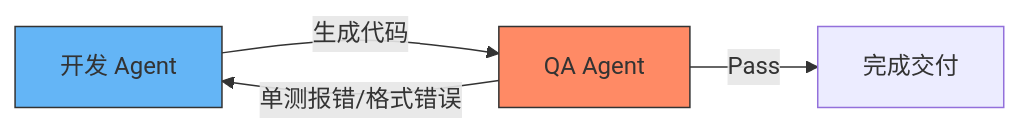
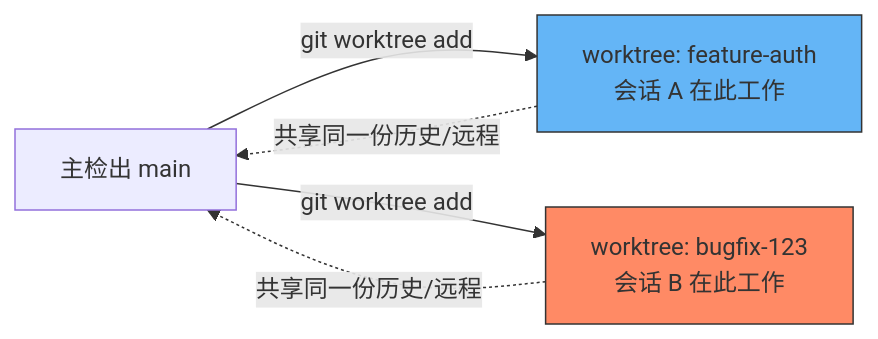
Before and after one commit to sermonsen/zgs: the diagram in slides.md, drawn with Mermaid. The commit also changed other lines of this file, not shown here.

````diff
--- a/slides.md
+++ b/slides.md
@@ -165,8 +268,9 @@
 ```mermaid
 graph LR
-    Coder[开发 Agent] -->|生成代码| Linter[QA Agent]
-    Linter -->|单测报错/格式错误| Coder
-    Linter -->|Pass| Deploy[完成交付]
-    style Linter fill:#ff8a65,stroke:#333,stroke-width:1px
-    style Coder fill:#64b5f6,stroke:#333,stroke-width:1px
+    Main[主检出 main] -->|git worktree add| WT1["worktree: feature-auth<br/>会话 A 在此工作"]
+    Main -->|git worktree add| WT2["worktree: bugfix-123<br/>会话 B 在此工作"]
+    WT1 -.共享同一份历史/远程.-> Main
+    WT2 -.共享同一份历史/远程.-> Main
+    style WT1 fill:#64b5f6,stroke:#333
+    style WT2 fill:#ff8a65,stroke:#333
 ```
````
